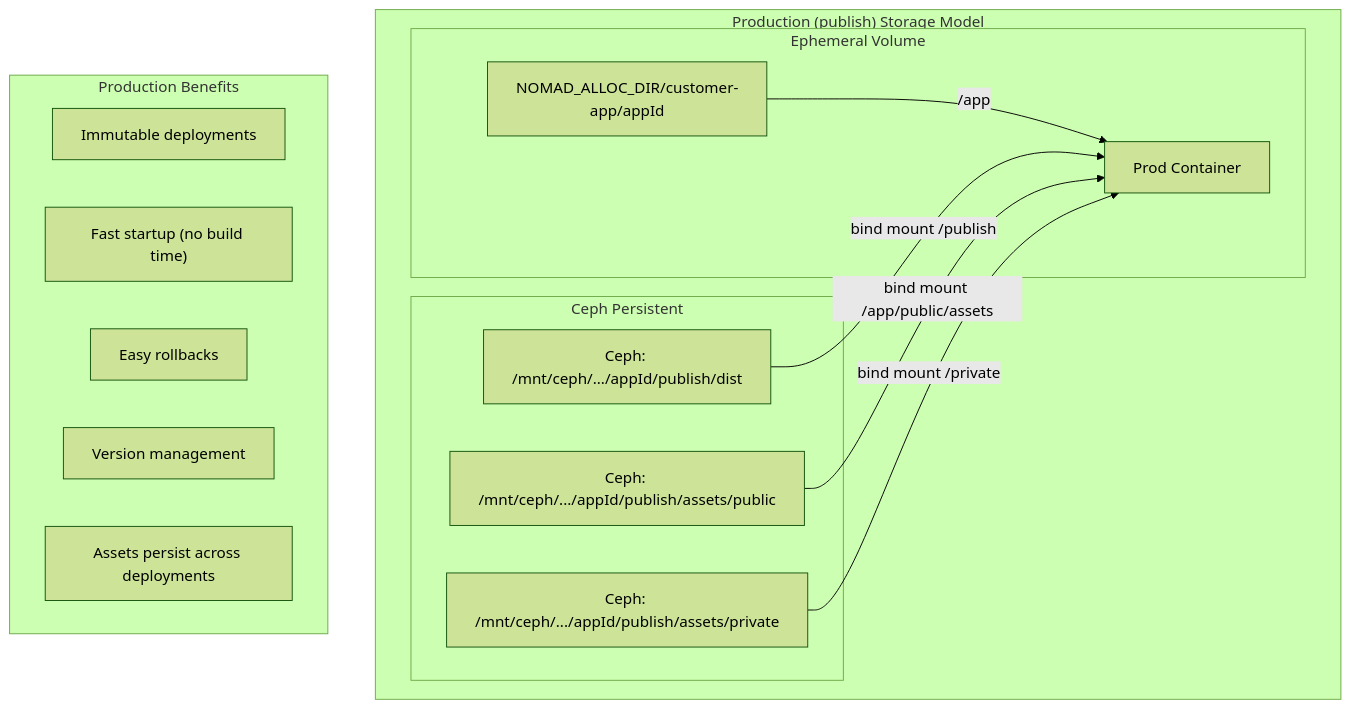
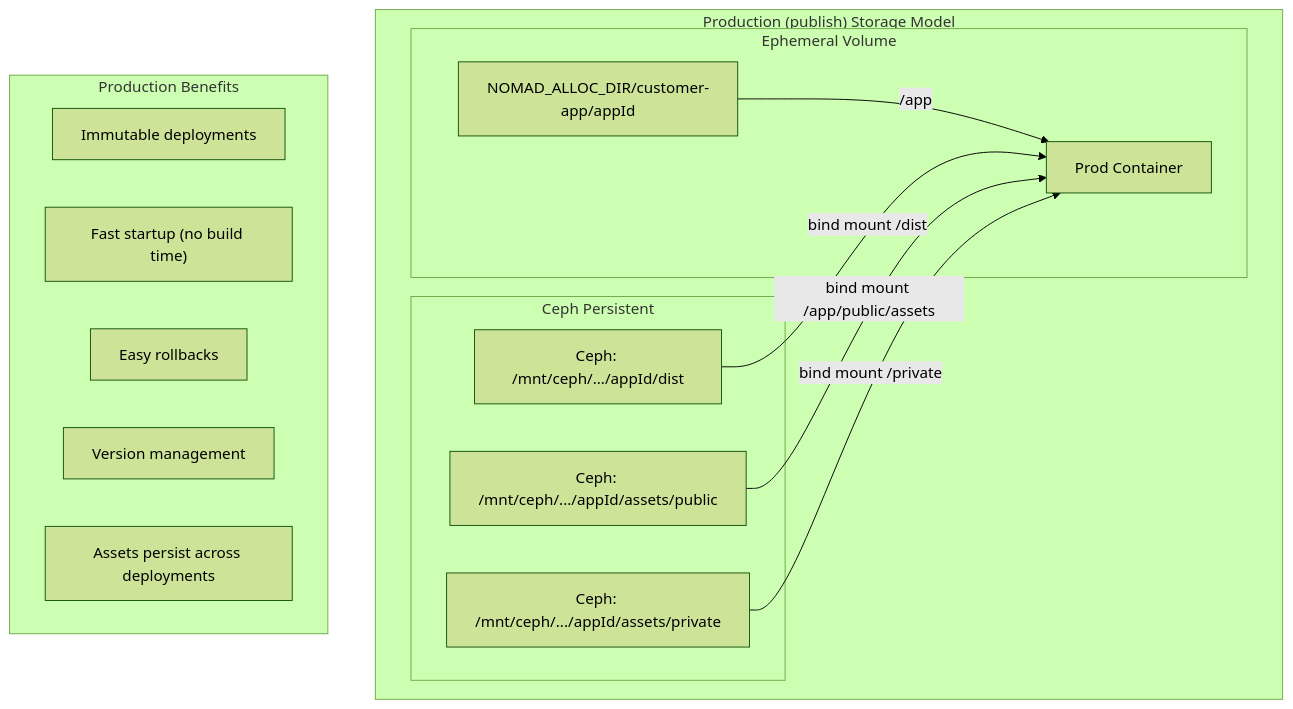
Before and after one commit to hsharif-godaddy/hackathon2026: the second of 5 diagrams in docs/persistent-storage-architecture.md, drawn with Mermaid (forest theme). The commit also changed other lines of this file and 4 other files, not shown here.

````diff
--- a/docs/persistent-storage-architecture.md
+++ b/docs/persistent-storage-architecture.md
@@ -55,26 +55,26 @@
 ```mermaid
 graph TB
     subgraph "Production (publish) Storage Model"
         subgraph "Ephemeral Volume"
             EV2["NOMAD_ALLOC_DIR/customer-app/appId"]
             EV2 --> |"/app"| APP2[Prod Container]
         end
 
         subgraph "Ceph Persistent"
-            CEPH2["Ceph: /mnt/ceph/.../appId/publish/dist"]
-            CEPH2 --> |"bind mount /publish"| APP2
-            CEPH3["Ceph: /mnt/ceph/.../appId/publish/assets/public"]
+            CEPH2["Ceph: /mnt/ceph/.../appId/dist"]
+            CEPH2 --> |"bind mount /dist"| APP2
+            CEPH3["Ceph: /mnt/ceph/.../appId/assets/public"]
             CEPH3 --> |"bind mount /app/public/assets"| APP2
-            CEPH4["Ceph: /mnt/ceph/.../appId/publish/assets/private"]
+            CEPH4["Ceph: /mnt/ceph/.../appId/assets/private"]
             CEPH4 --> |"bind mount /private"| APP2
         end
     end
 
     subgraph "Production Benefits"
         P1["Immutable deployments"]
         P2["Fast startup (no build time)"]
         P3["Easy rollbacks"]
         P4["Version management"]
         P5["Assets persist across deployments"]
     end
 ```
````
